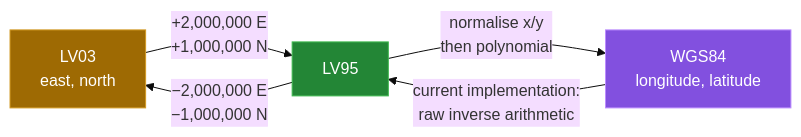
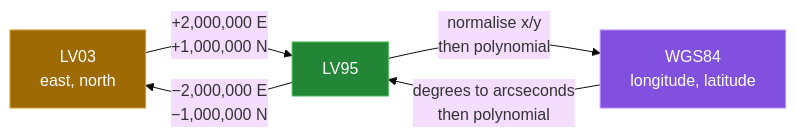
One commit to Bissbert/SwissToWGS4j changed the diagram in docs/transformer.md. Above: the diagram before and after it, drawn with Mermaid (base theme). The commit also changed other lines of this file and 9 other files, not shown here.

````diff
--- a/docs/transformer.md
+++ b/docs/transformer.md
@@ -9,11 +9,11 @@
 ```mermaid
 flowchart LR
     A["LV03<br/>east, north"] -->|"+2,000,000 E<br/>+1,000,000 N"| B["LV95"]
     B -->|"normalise x/y<br/>then polynomial"| C["WGS84<br/>longitude, latitude"]
-    C -->|"current implementation:<br/>raw inverse arithmetic"| B
+    C -->|"degrees to arcseconds<br/>then polynomial"| B
     B -->|"−2,000,000 E<br/>−1,000,000 N"| A
 
     style A fill:#9e6a03,stroke:#d29922,color:#fff
     style B fill:#238636,stroke:#3fb950,color:#fff
     style C fill:#8250df,stroke:#bc8cff,color:#fff
 ```
````
